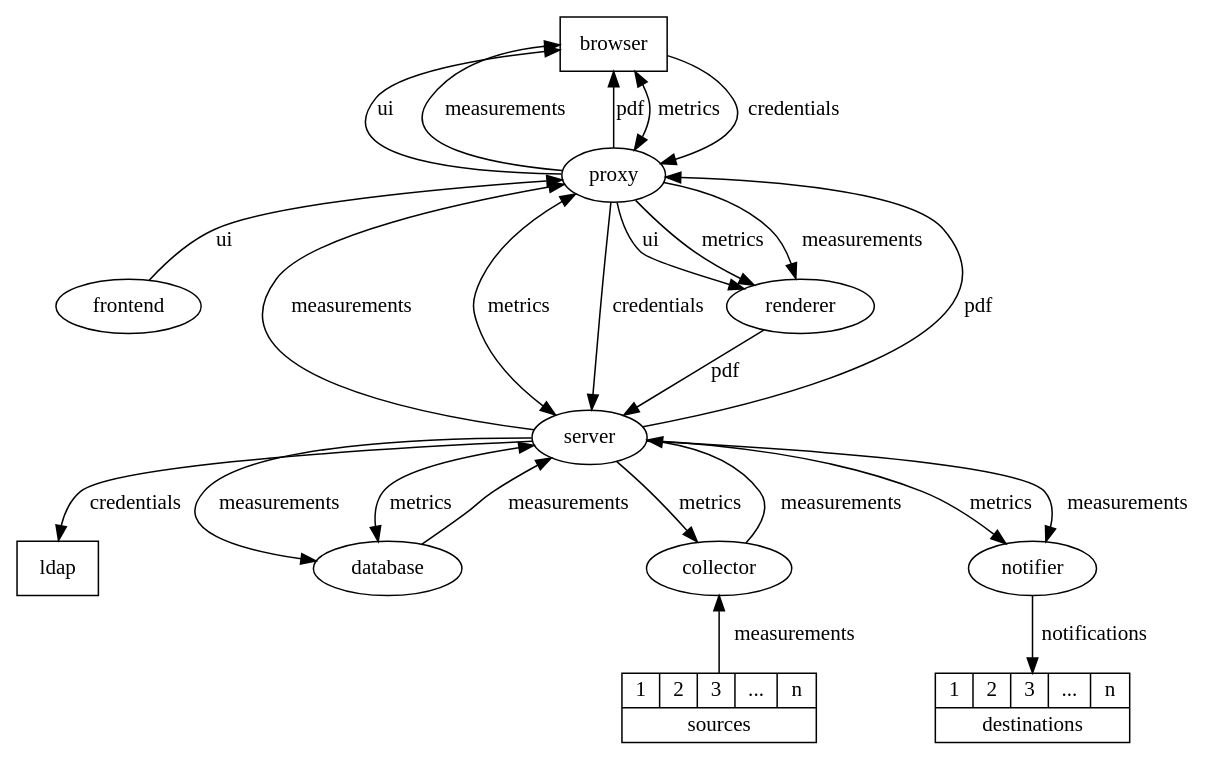
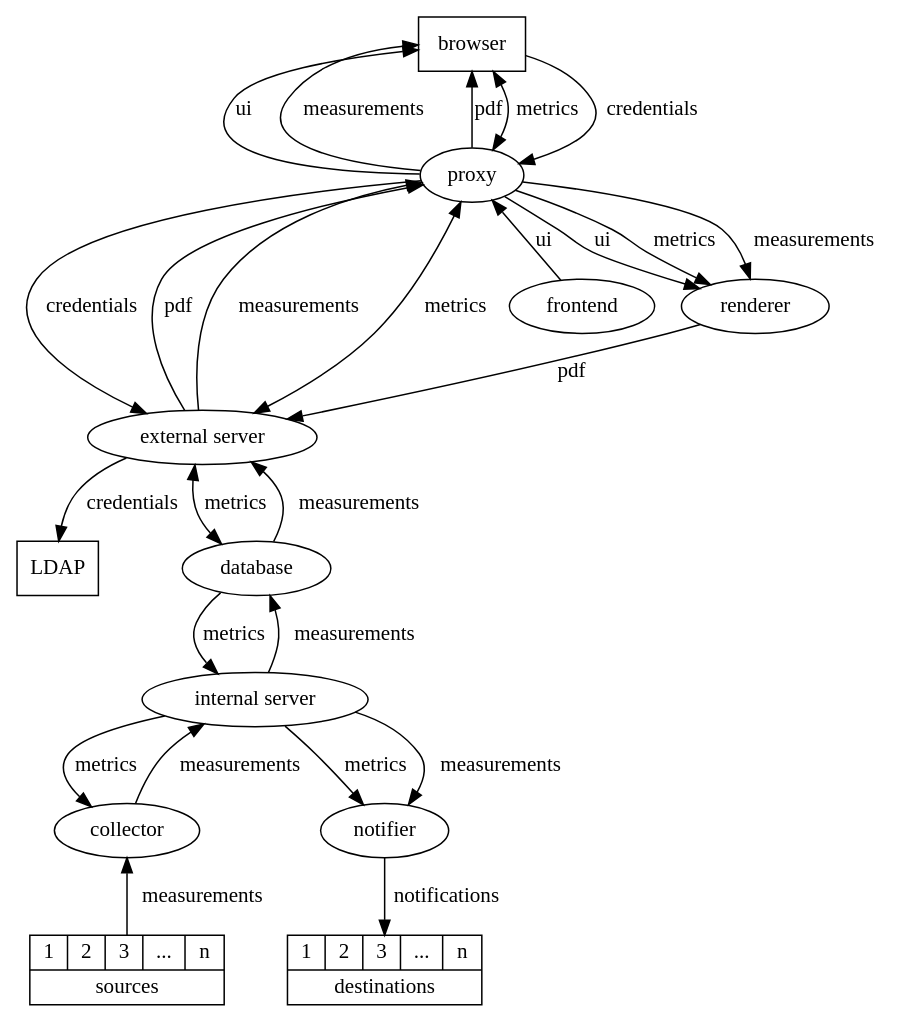
The diagram in docs/src/components-light.dot (ICTU/quality-time), drawn with Graphviz before and after one commit. The commit also changed 2 other files, not shown here.

```diff
--- a/docs/src/components-light.dot
+++ b/docs/src/components-light.dot
@@ -1,33 +1,36 @@
 digraph {
   graph [bcolor=transparant, fontname="SFMono-Regular"]
   node [fontname="SFMono-Regular"]
   edge [fontname="SFMono-Regular"]
   browser [shape=rectangle]
-  ldap [shape=rectangle]
+  ldap [shape=rectangle, label="LDAP"]
+  external_server [label="external server"]
+  internal_server [label="internal server"]
   browser -> proxy [label=ui, dir="back"]
   browser -> proxy [label=measurements, dir="back"]
   browser -> proxy [label=pdf, dir="back"]
   browser -> proxy [label=metrics, dir="both"]
   proxy -> frontend [label=ui, dir="back"]
-  proxy -> server [label=measurements, dir="back"]
-  proxy -> server [label=metrics, dir="both"]
-  server -> database [label=measurements]
-  database -> server [label=measurements]
-  server -> database [label=metrics, dir="both"]
-  collector -> server [label=measurements]
-  server -> collector [label=metrics]
+  proxy -> external_server [label=measurements, dir="back"]
+  proxy -> external_server [label=metrics, dir="both"]
+  internal_server -> database [label=measurements]
+  database -> internal_server [label=metrics]
+  database -> external_server [label=measurements]
+  external_server -> database [label=metrics, dir="both"]
+  collector -> internal_server [label=measurements]
+  internal_server -> collector [label=metrics]
   collector -> source [label=measurements, dir="back"]
-  server -> notifier [label=metrics]
-  server -> notifier [label=measurements]
+  internal_server -> notifier [label=metrics]
+  internal_server -> notifier [label=measurements]
   notifier -> destination [label=notifications]
   proxy -> renderer [label=ui]
   proxy -> renderer [label=metrics]
   proxy -> renderer [label=measurements]
-  renderer -> server [label=pdf]
-  server -> proxy [label=pdf]
+  renderer -> external_server [label=pdf]
+  external_server -> proxy [label=pdf]
   browser -> proxy [label=credentials]
-  proxy -> server [label=credentials]
-  server -> ldap [label=credentials]
+  proxy -> external_server [label=credentials]
+  external_server -> ldap [label=credentials]
   source [label="{{1|2|3|...|n}|sources}" shape=record]
   destination [label="{{1|2|3|...|n}|destinations}" shape=record]
 }
```
